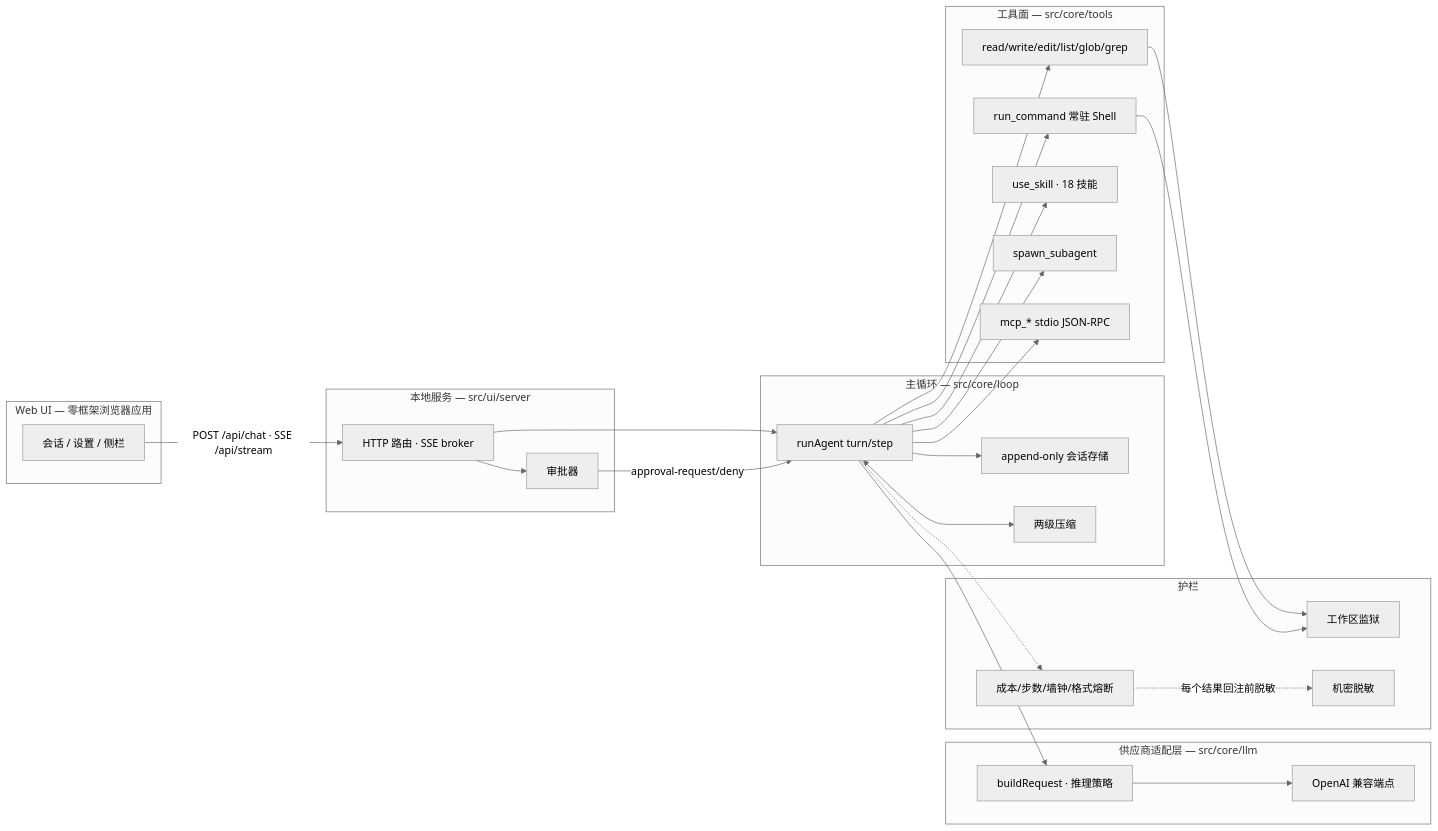
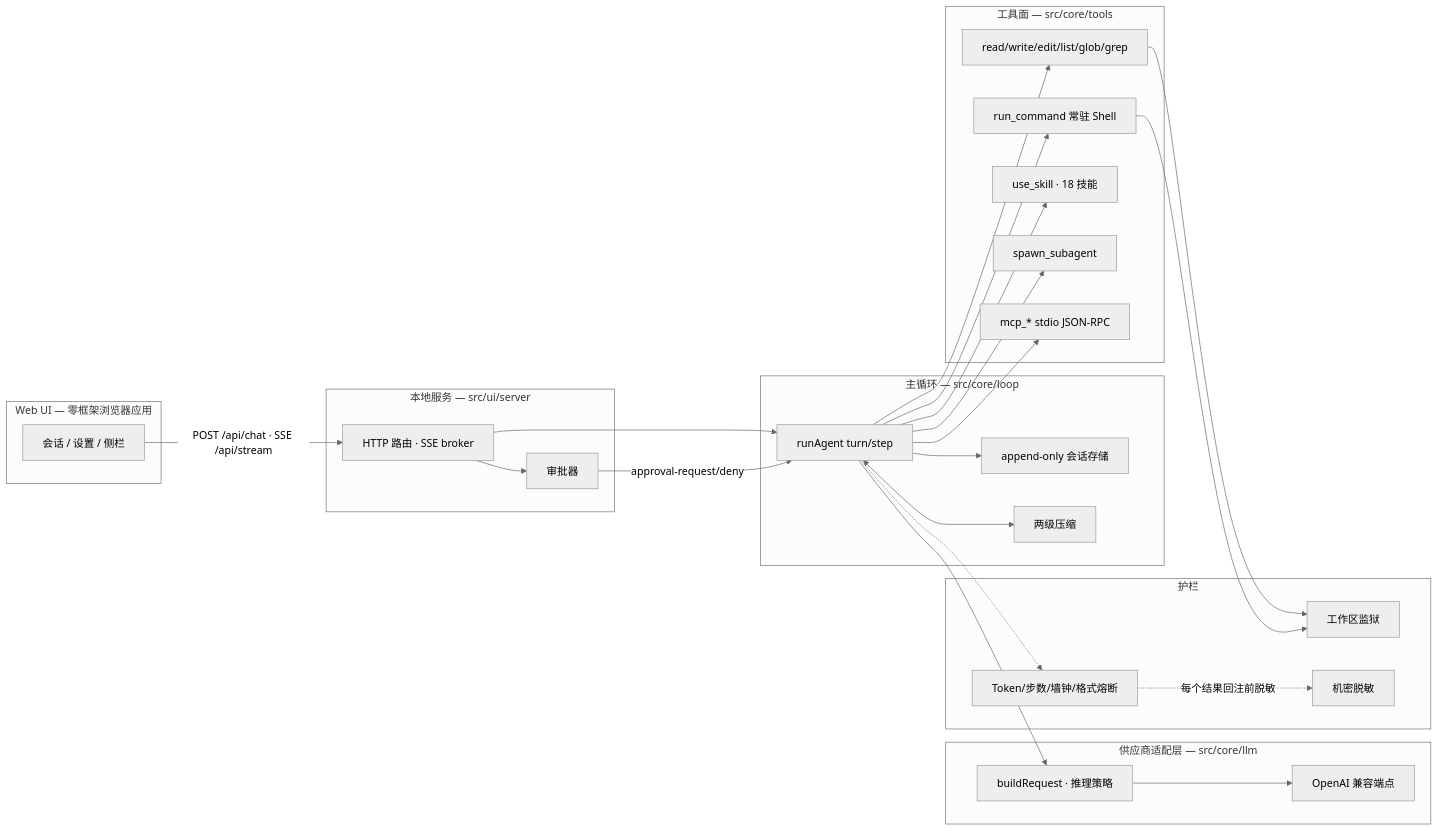
Before and after one commit to L77Doncic/devmate: the diagram in README.zh-CN.md, drawn with Mermaid (neutral theme). The commit also changed other lines of this file and 4 other files, not shown here.

````diff
--- a/README.zh-CN.md
+++ b/README.zh-CN.md
@@ -79,46 +79,46 @@
 ```mermaid
 flowchart LR
     subgraph UI["Web UI — 零框架浏览器应用"]
         CHAT["会话 / 设置 / 侧栏"]
     end
     subgraph SERVER["本地服务 — src/ui/server"]
         ROUTER["HTTP 路由 · SSE broker"]
         APPROVER["审批器"]
     end
     subgraph LOOP["主循环 — src/core/loop"]
         AGENT["runAgent turn/step"]
         SESSION["append-only 会话存储"]
         PROJECT["两级压缩"]
     end
     subgraph LLM["供应商适配层 — src/core/llm"]
         ADAPTER["buildRequest · 推理策略"]
         API["OpenAI 兼容端点"]
     end
     subgraph TOOLS["工具面 — src/core/tools"]
         FILES["read/write/edit/list/glob/grep"]
         SHELL["run_command 常驻 Shell"]
         SKILL["use_skill · 18 技能"]
         SUBA["spawn_subagent"]
         MCP["mcp_* stdio JSON-RPC"]
     end
     subgraph GUARDS["护栏"]
         JAIL["工作区监狱"]
         REDACT["机密脱敏"]
-        FUSE["成本/步数/墙钟/格式熔断"]
+        FUSE["Token/步数/墙钟/格式熔断"]
     end
     CHAT -->|POST /api/chat · SSE /api/stream| ROUTER
     ROUTER --> AGENT
     AGENT <--> PROJECT
     AGENT --> SESSION
     AGENT --> ADAPTER
     ADAPTER --> API
     AGENT --> FILES --> JAIL
     AGENT --> SHELL --> JAIL
     AGENT --> SKILL
     AGENT --> SUBA
     AGENT --> MCP
     ROUTER --> APPROVER
     APPROVER -->|approval-request/deny| AGENT
     AGENT -.-> FUSE
     FUSE -.每个结果回注前脱敏.-> REDACT
 ```
````
